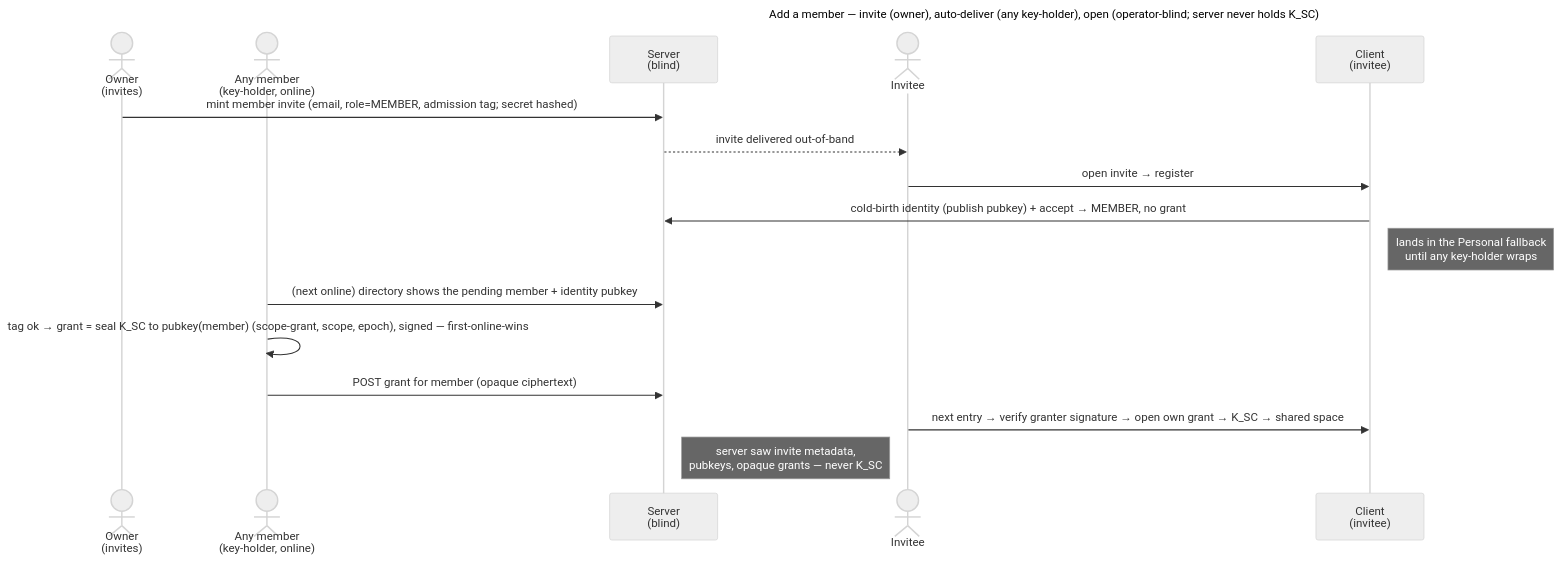
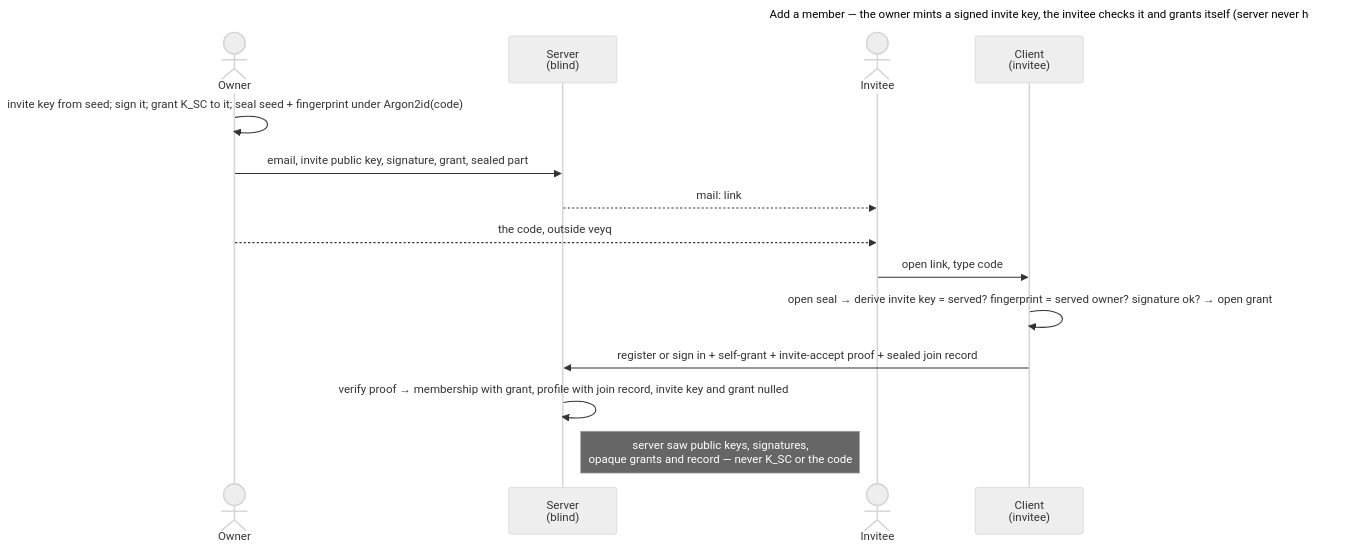
The diagram in docs/features/spaces/use-cases/uc.spaces.add-member.md (raddatzk/veyq), drawn with Mermaid (neutral theme) before and after one commit. The commit also changed other lines of this file and 70 other files, not shown here.

First line of the commit message:
docs: an invite is a placeholder member - ADR 0111 decisions 1-5 built, the admission tag and awaiting access gone

````diff
--- a/docs/features/spaces/use-cases/uc.spaces.add-member.md
+++ b/docs/features/spaces/use-cases/uc.spaces.add-member.md
@@ -49,21 +57,19 @@
 ```mermaid
 ---
-title: Add a member — invite (owner), auto-deliver (any key-holder), open (operator-blind; server never holds K_SC)
+title: Add a member — the owner mints a signed invite key, the invitee checks it and grants itself (server never holds K_SC)
 ---
 sequenceDiagram
-  actor O as Owner<br>(invites)
-  actor M as Any member<br>(key-holder, online)
+  actor O as Owner
   participant S as Server<br>(blind)
   actor I as Invitee
   participant CI as Client<br>(invitee)
-  O->>S: mint member invite (email, role=MEMBER, admission tag#59; secret hashed)
-  S-->>I: invite delivered out-of-band
-  I->>CI: open invite → register
-  CI->>S: cold-birth identity (publish pubkey) + accept → MEMBER, no grant
-  Note right of CI: lands in the Personal fallback<br>until any key-holder wraps
-  M->>S: (next online) directory shows the pending member + identity pubkey
-  M->>M: tag ok → grant = seal K_SC to pubkey(member) (scope-grant, scope, epoch), signed — first-online-wins
-  M->>S: POST grant for member (opaque ciphertext)
-  I->>CI: next entry → verify granter signature → open own grant → K_SC → shared space
-  Note right of S: server saw invite metadata,<br>pubkeys, opaque grants — never K_SC
+  O->>O: invite key from seed#59; sign it#59; grant K_SC to it#59; seal seed + fingerprint under Argon2id(code)
+  O->>S: email, invite public key, signature, grant, sealed part
+  S-->>I: mail: link #token.sealed (no copy kept)
+  O-->>I: the code, outside veyq
+  I->>CI: open link, type code
+  CI->>CI: open seal → derive invite key = served? fingerprint = served owner? signature ok? → open grant
+  CI->>S: register or sign in + self-grant + invite-accept proof + sealed join record
+  S->>S: verify proof → membership with grant, profile with join record, invite key and grant nulled
+  Note right of S: server saw public keys, signatures,<br>opaque grants and record — never K_SC or the code
 ```
````
